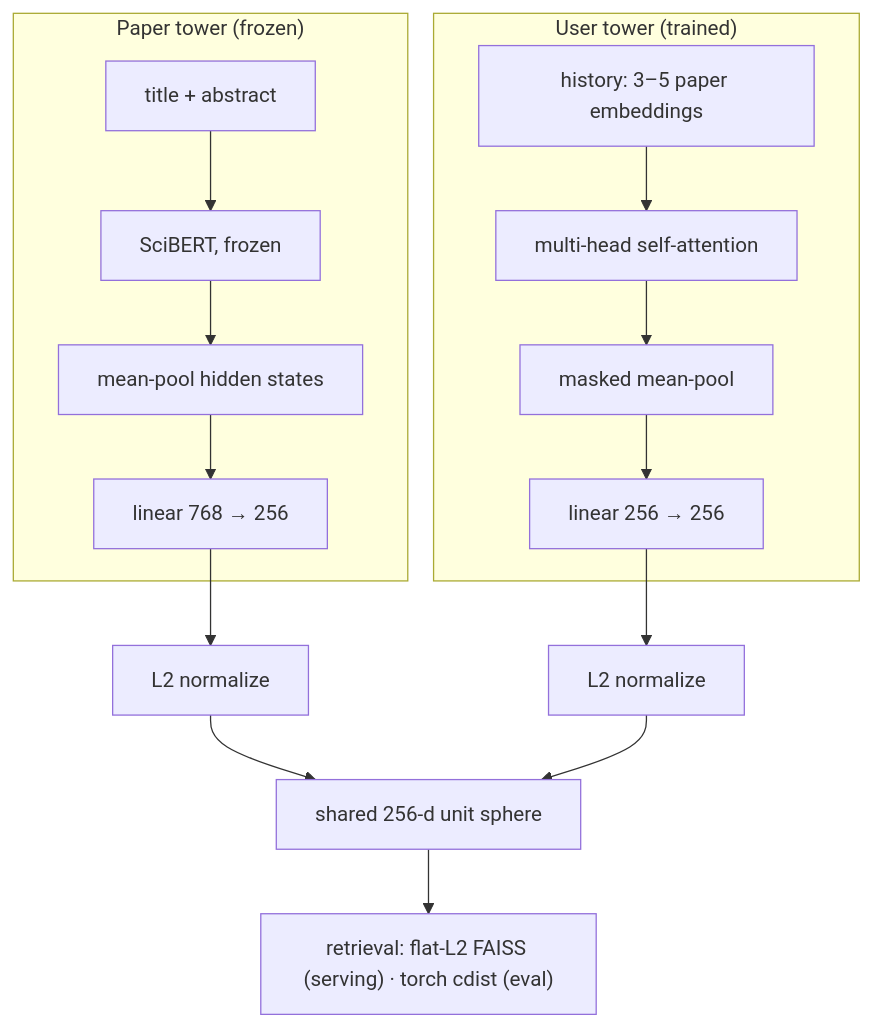
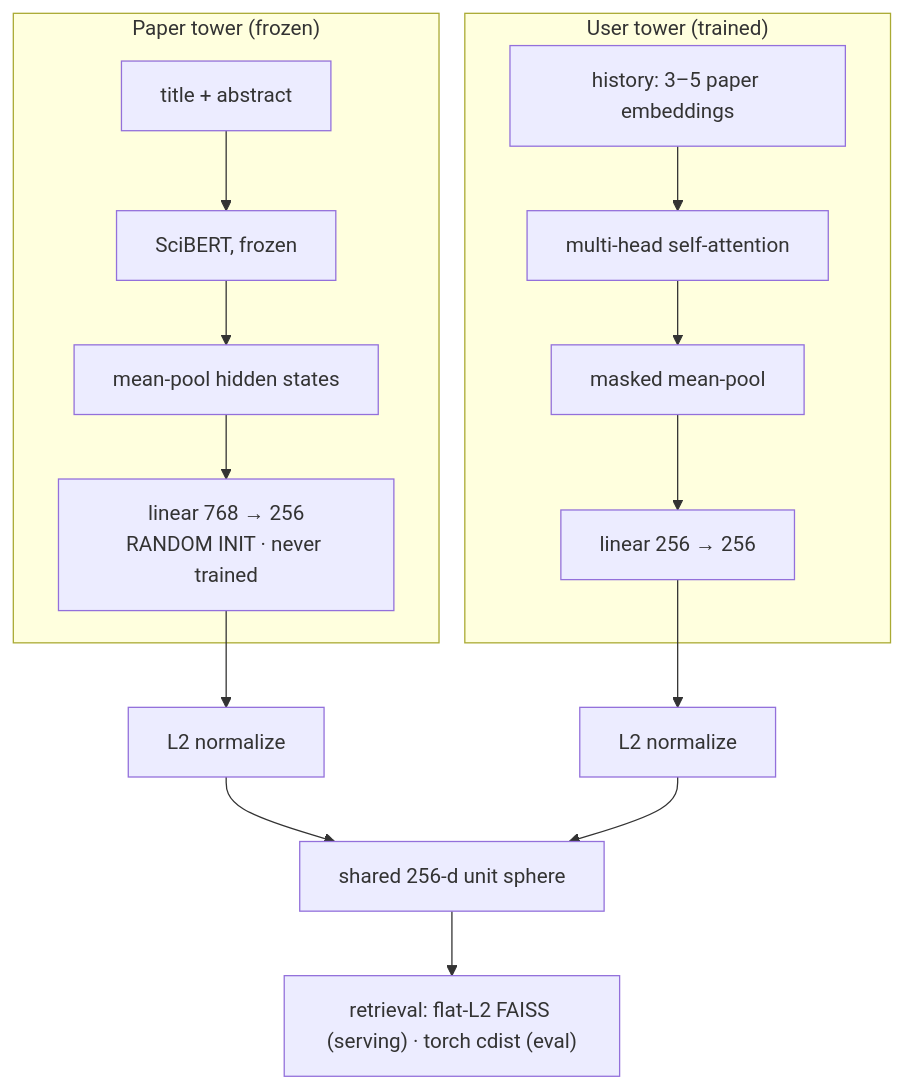
Before and after one commit to RyanTMcDaniel/Research-Paper-Rec-System: the diagram in README.md, drawn with Mermaid. The commit also changed other lines of this file and 3 other files, not shown here.

````diff
--- a/README.md
+++ b/README.md
@@ -41,18 +54,18 @@
 ```mermaid
 flowchart TB
     subgraph P ["Paper tower (frozen)"]
         A["title + abstract"] --> B["SciBERT, frozen"]
         B --> C["mean-pool hidden states"]
-        C --> D["linear 768 → 256"]
+        C --> D["linear 768 → 256<br/>RANDOM INIT · never trained"]
     end
     subgraph U ["User tower (trained)"]
         E["history: 3–5 paper embeddings"] --> F["multi-head self-attention"]
         F --> G["masked mean-pool"]
         G --> H["linear 256 → 256"]
     end
     D --> N1["L2 normalize"]
     H --> N2["L2 normalize"]
     N1 --> S["shared 256-d unit sphere"]
     N2 --> S
     S --> R["retrieval: flat-L2 FAISS (serving) · torch cdist (eval)"]
 ```
````
